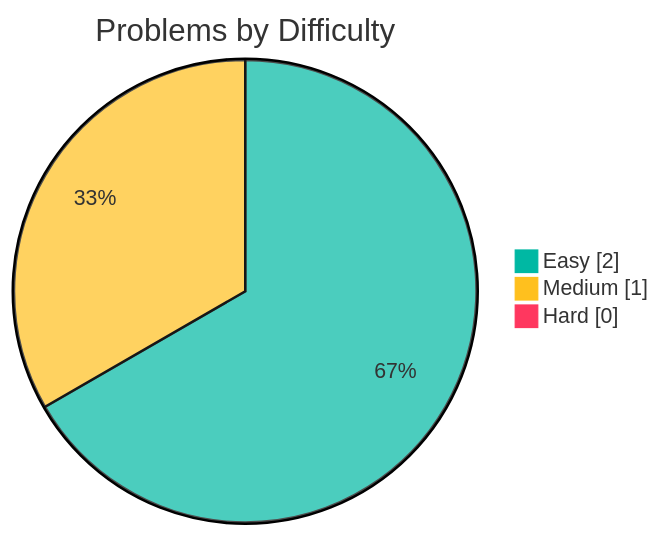
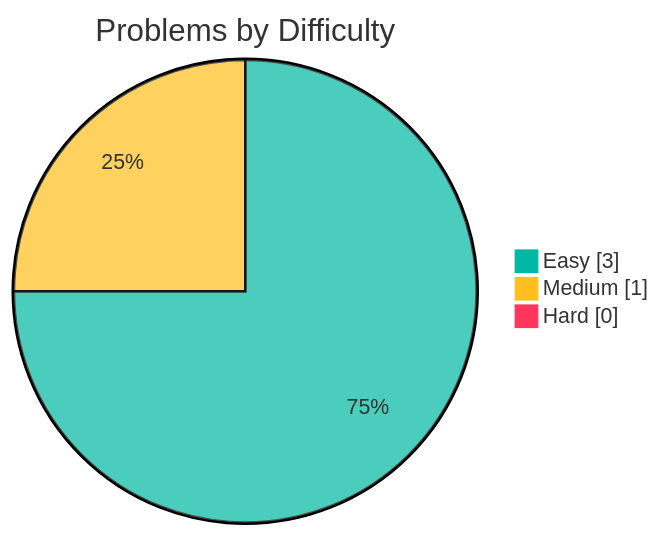
One commit to samy-D5/Leetcode changed the first of 2 diagrams in README.md. Above: the diagram before and after it, drawn with Mermaid. The commit also changed other lines of this file, not shown here.

````diff
--- a/README.md
+++ b/README.md
@@ -10,7 +10,7 @@
 ```mermaid
 %%{init: {"theme":"base","themeVariables":{"pie1":"#00b8a3","pie2":"#ffc01e","pie3":"#ff375f"}}}%%
 pie showData title Problems by Difficulty
-    "Easy" : 2
+    "Easy" : 3
     "Medium" : 1
     "Hard" : 0
 ```
````
